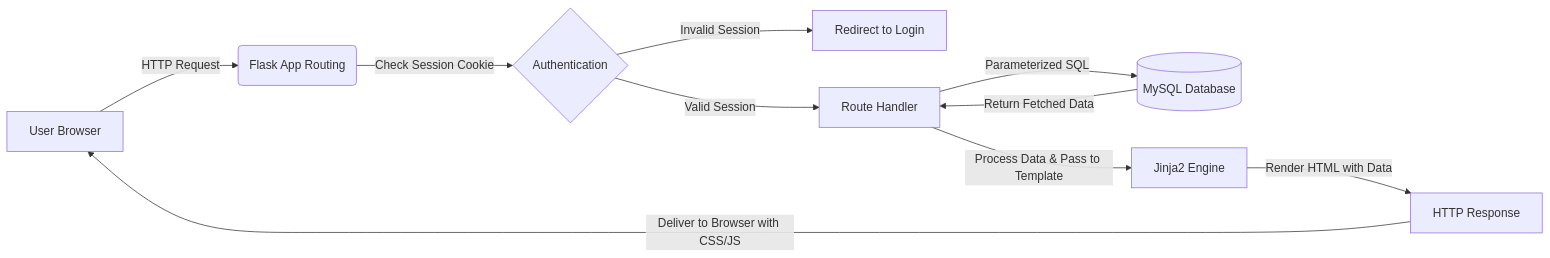
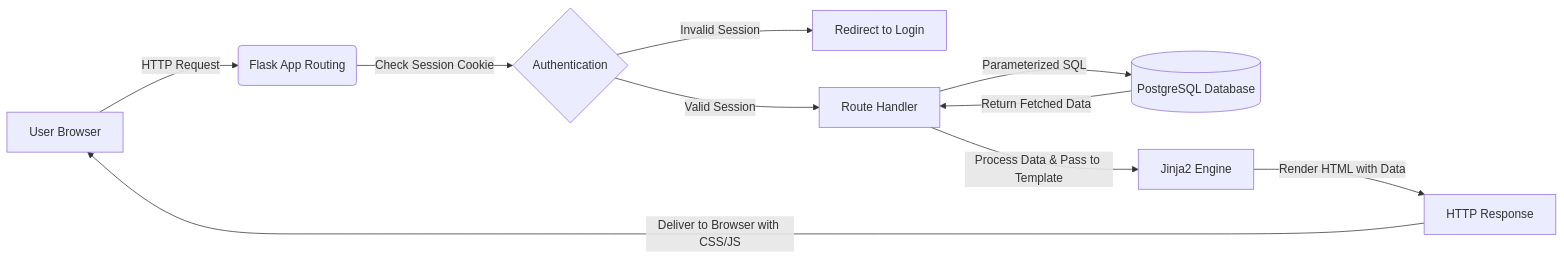
Before and after one commit to aarushichaddha/Task-Management-System: the second of 2 diagrams in README.md, drawn with Mermaid. The commit also changed other lines of this file, not shown here.

Commit message:
Update README for PostgreSQL and Render/Supabase deployment

````diff
--- a/README.md
+++ b/README.md
@@ -37,12 +37,12 @@
 ```mermaid
 graph LR
     A[User Browser] -->|HTTP Request| B(Flask App Routing)
     B -->|Check Session Cookie| C{Authentication}
     C -->|Invalid Session| D[Redirect to Login]
     C -->|Valid Session| E[Route Handler]
-    E -->|Parameterized SQL| F[(MySQL Database)]
+    E -->|Parameterized SQL| F[(PostgreSQL Database)]
     F -->|Return Fetched Data| E
     E -->|Process Data & Pass to Template| G[Jinja2 Engine]
     G -->|Render HTML with Data| H[HTTP Response]
     H -->|Deliver to Browser with CSS/JS| A
 ```
````
